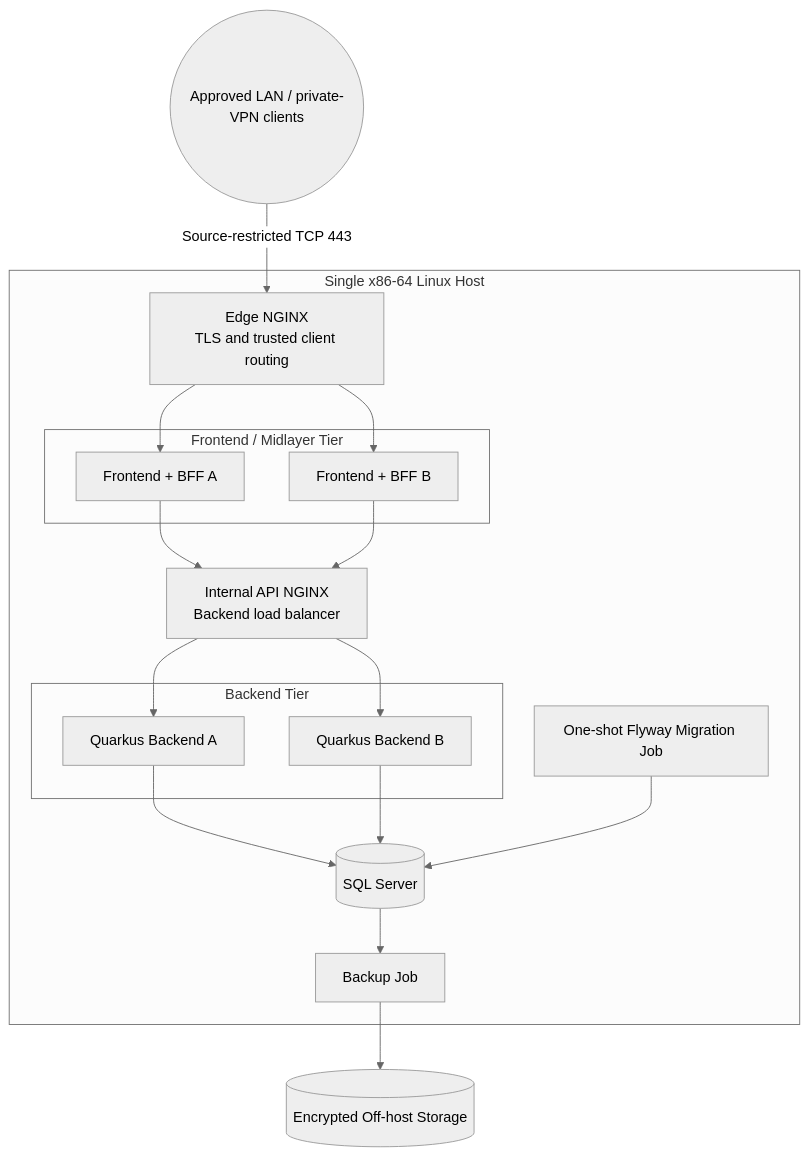
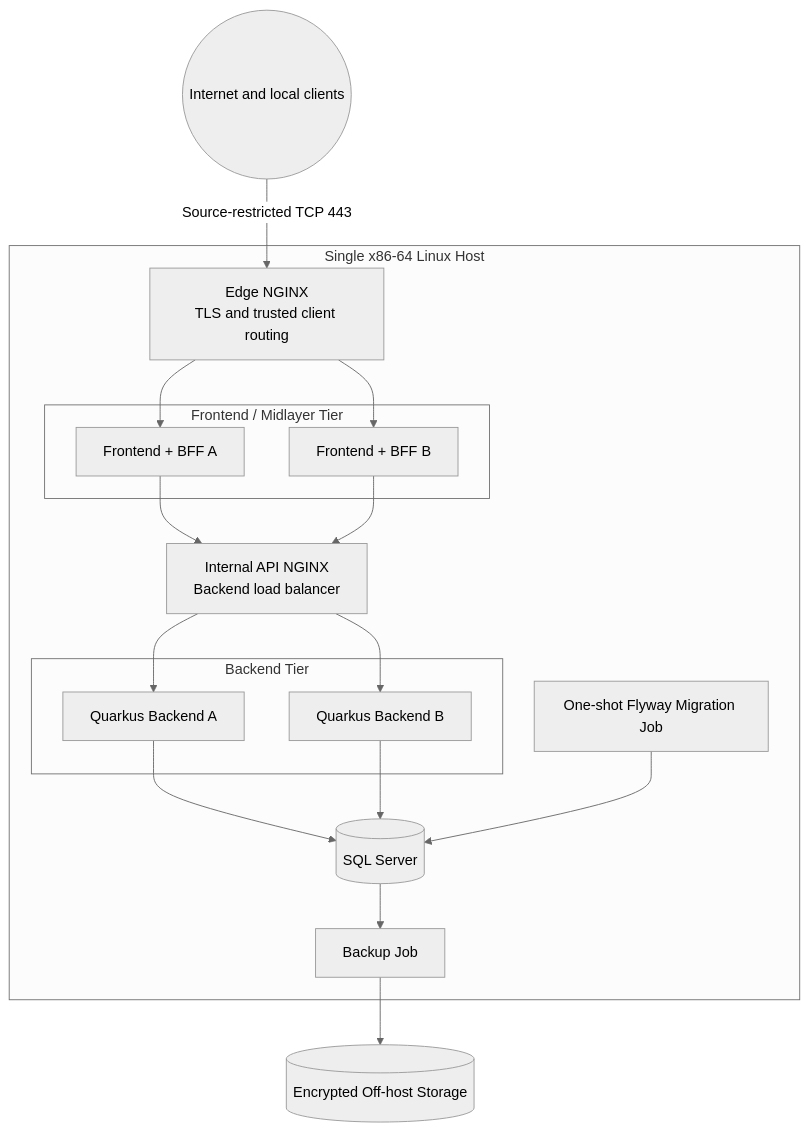
One commit to pHantompX3/ChatBackend changed the second of 4 diagrams in docs/architecture/single-host-layered-container-architecture.md. Above: the diagram before and after it, drawn with Mermaid (neutral theme). The commit also changed other lines of this file and 17 other files, not shown here.

````diff
--- a/docs/architecture/single-host-layered-container-architecture.md
+++ b/docs/architecture/single-host-layered-container-architecture.md
@@ -267,37 +269,37 @@
 ```mermaid
 flowchart TB
-    Clients((Approved LAN / private-VPN clients))
+    Clients((Internet and local clients))
 
     subgraph Host[Single x86-64 Linux Host]
         Edge[Edge NGINX\nTLS and trusted client routing]
 
         subgraph FrontendTier[Frontend / Midlayer Tier]
             MidA[Frontend + BFF A]
             MidB[Frontend + BFF B]
         end
 
         ApiProxy[Internal API NGINX\nBackend load balancer]
 
         subgraph BackendTier[Backend Tier]
             BackA[Quarkus Backend A]
             BackB[Quarkus Backend B]
         end
 
         Db[(SQL Server)]
         Migration[One-shot Flyway Migration Job]
         Backup[Backup Job]
     end
 
     Clients -->|Source-restricted TCP 443| Edge
     Edge --> MidA
     Edge --> MidB
     MidA --> ApiProxy
     MidB --> ApiProxy
     ApiProxy --> BackA
     ApiProxy --> BackB
     BackA --> Db
     BackB --> Db
     Migration --> Db
     Db --> Backup
     Backup --> OffHost[(Encrypted Off-host Storage)]
 ```
````
